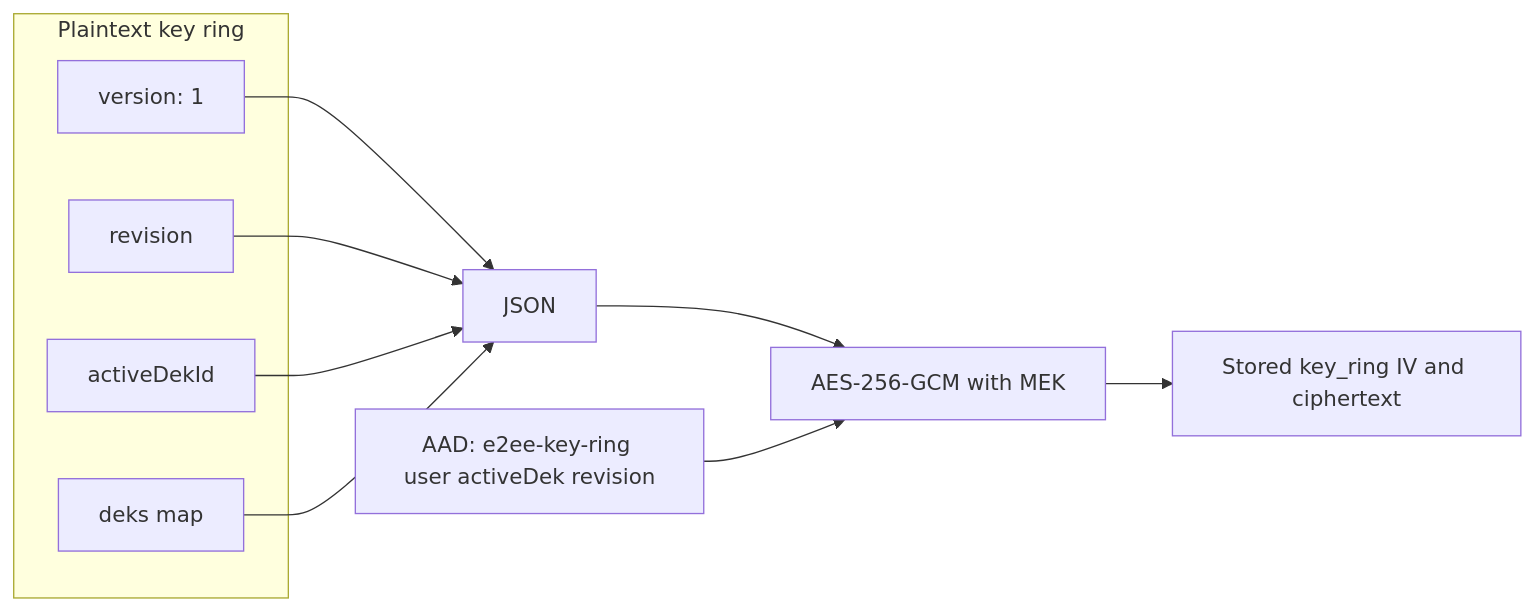
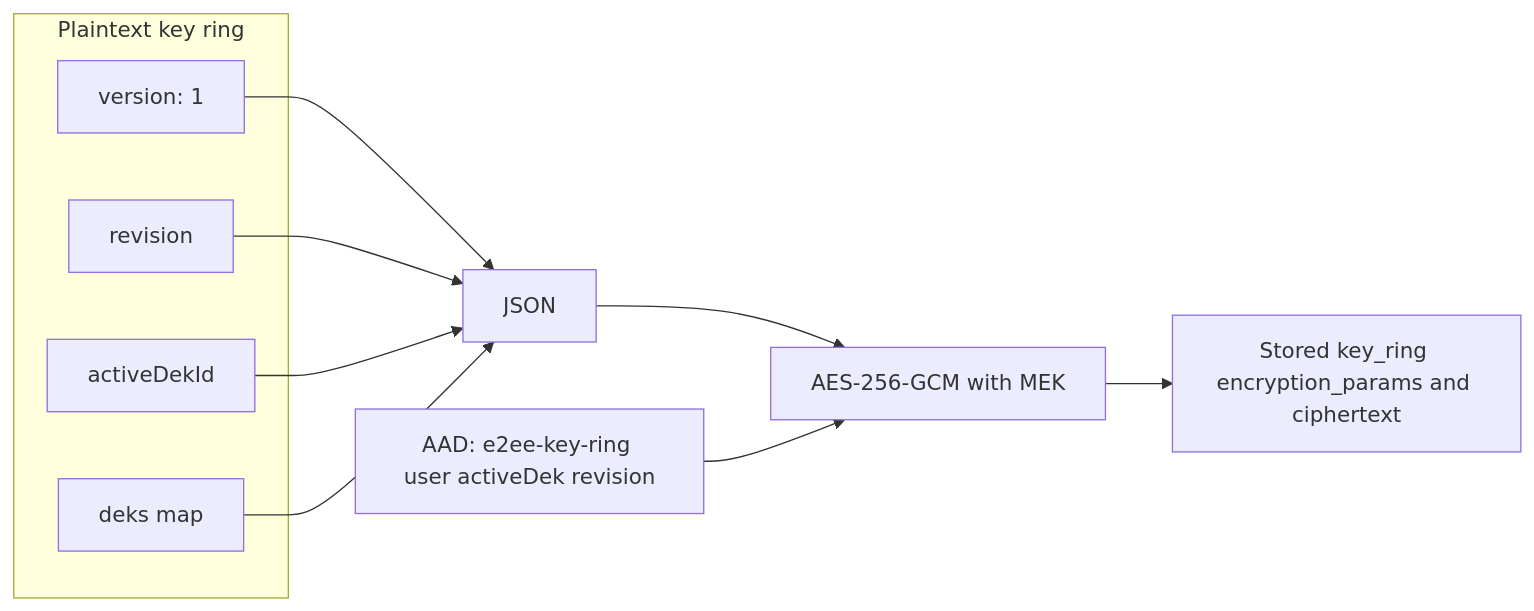
The third of 8 diagrams in apps/app/docs/e2ee.md (balakin/autokpo), drawn with Mermaid before and after one commit. The commit also changed other lines of this file and 33 other files, not shown here.

Commit message:
feat: unify encryption params

````diff
--- a/apps/app/docs/e2ee.md
+++ b/apps/app/docs/e2ee.md
@@ -82,17 +79,17 @@
 ```mermaid
 flowchart LR
   subgraph plainRing[Plaintext key ring]
     version[version: 1]
     revision[revision]
     activeDekId[activeDekId]
     deks[deks map]
   end
 
   version --> json[JSON]
   revision --> json
   activeDekId --> json
   deks --> json
   json --> enc[AES-256-GCM with MEK]
   aad[AAD: e2ee-key-ring user activeDek revision] --> enc
-  enc --> stored[Stored key_ring IV and ciphertext]
+  enc --> stored[Stored key_ring encryption_params and ciphertext]
 ```
````
